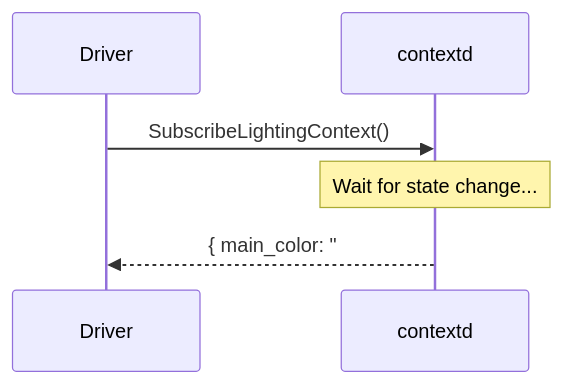
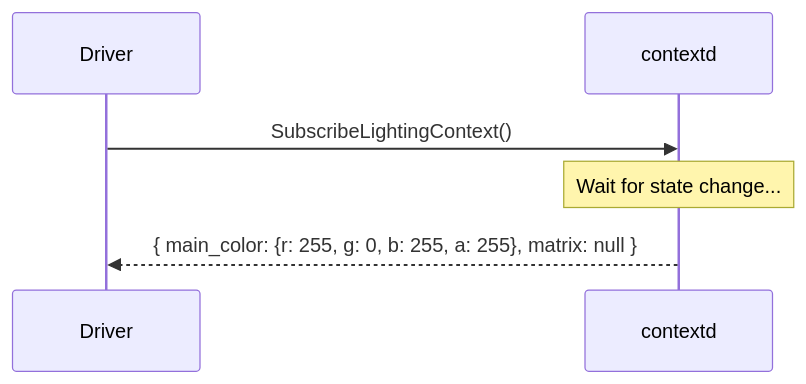
Before and after one commit to shanefagan/contextd: the third of 4 diagrams in docs/architecture.md, drawn with Mermaid. The commit also changed other lines of this file and 68 other files, not shown here.

````diff
--- a/docs/architecture.md
+++ b/docs/architecture.md
@@ -81,8 +90,8 @@
 ```mermaid
 sequenceDiagram
     participant Driver
     participant contextd
     Driver->>contextd: SubscribeLightingContext()
     Note over contextd: Wait for state change...
-    contextd-->>Driver: { main_color: "#FF00FF", ... }
+    contextd-->>Driver: { main_color: {r: 255, g: 0, b: 255, a: 255}, matrix: null }
 ```
````
